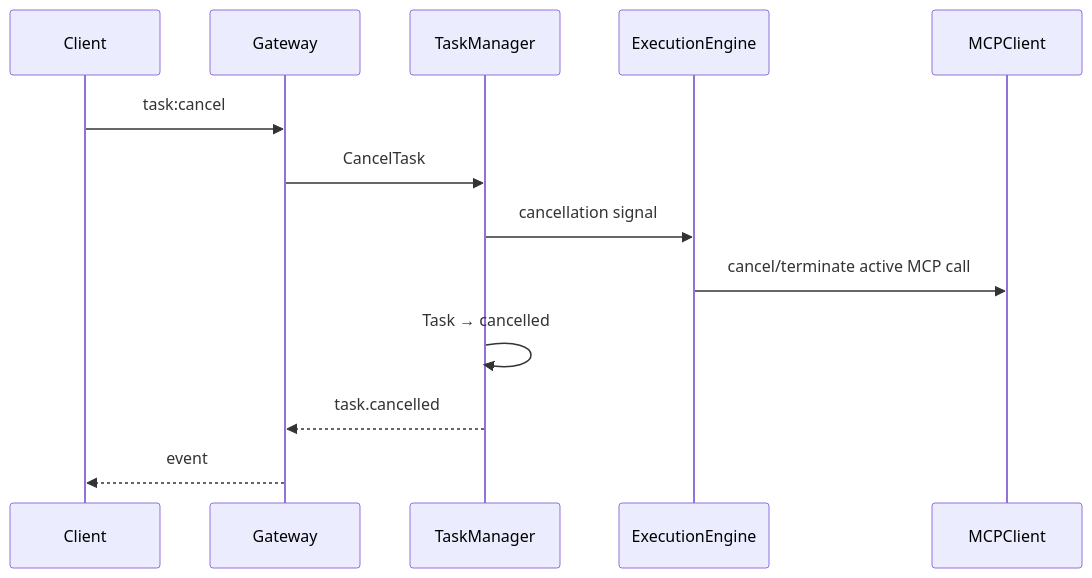
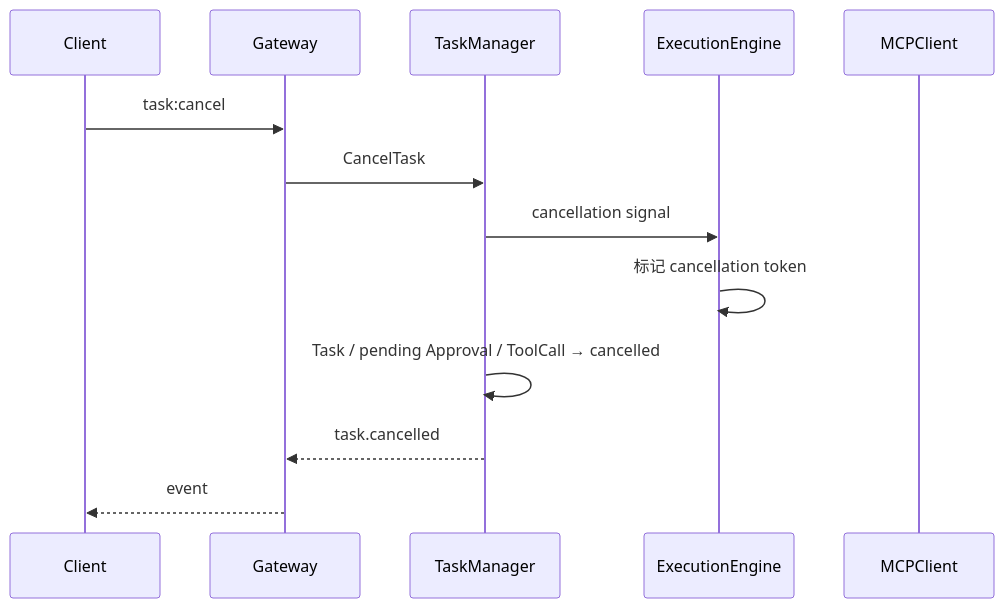
The tenth of 10 diagrams in docs/design/Sequence.md (Mime-AL/MaigoKite), drawn with Mermaid before and after one commit. The commit also changed other lines of this file and 104 other files, not shown here.

````diff
--- a/docs/design/Sequence.md
+++ b/docs/design/Sequence.md
@@ -188,16 +210,16 @@
 ```mermaid
 sequenceDiagram
     participant UI as Client
     participant G as Gateway
     participant P as TaskManager
     participant E as ExecutionEngine
     participant M as MCPClient
 
     UI->>G: task:cancel
     G->>P: CancelTask
     P->>E: cancellation signal
-    E->>M: cancel/terminate active MCP call
-    P->>P: Task → cancelled
+    E->>E: 标记 cancellation token
+    P->>P: Task / pending Approval / ToolCall → cancelled
     P-->>G: task.cancelled
     G-->>UI: event
 ```
````
